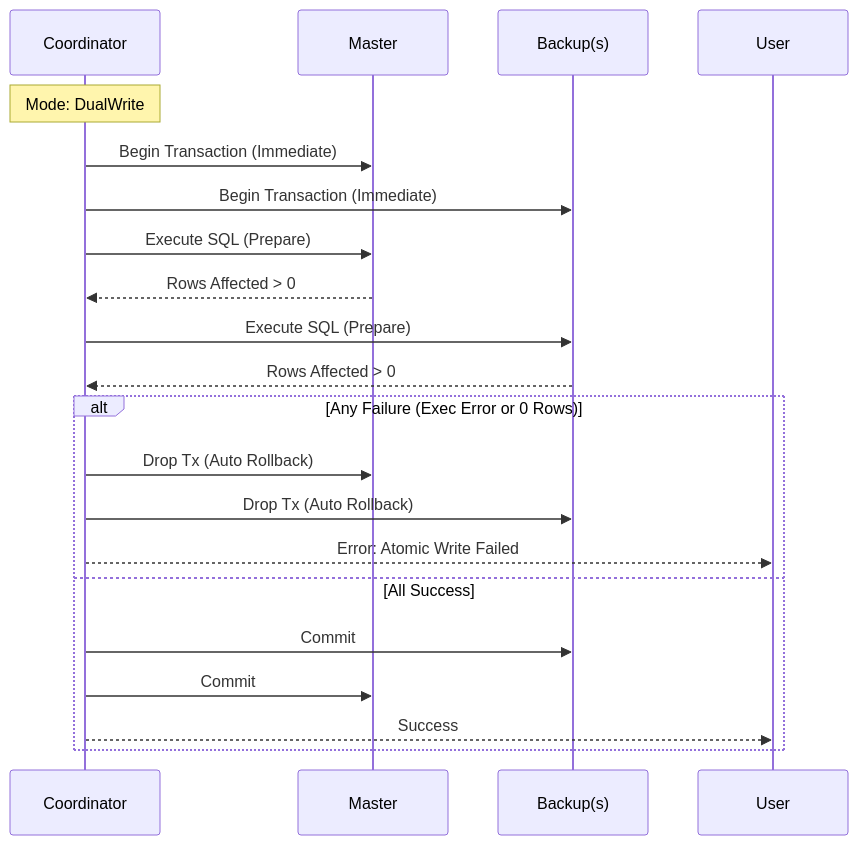
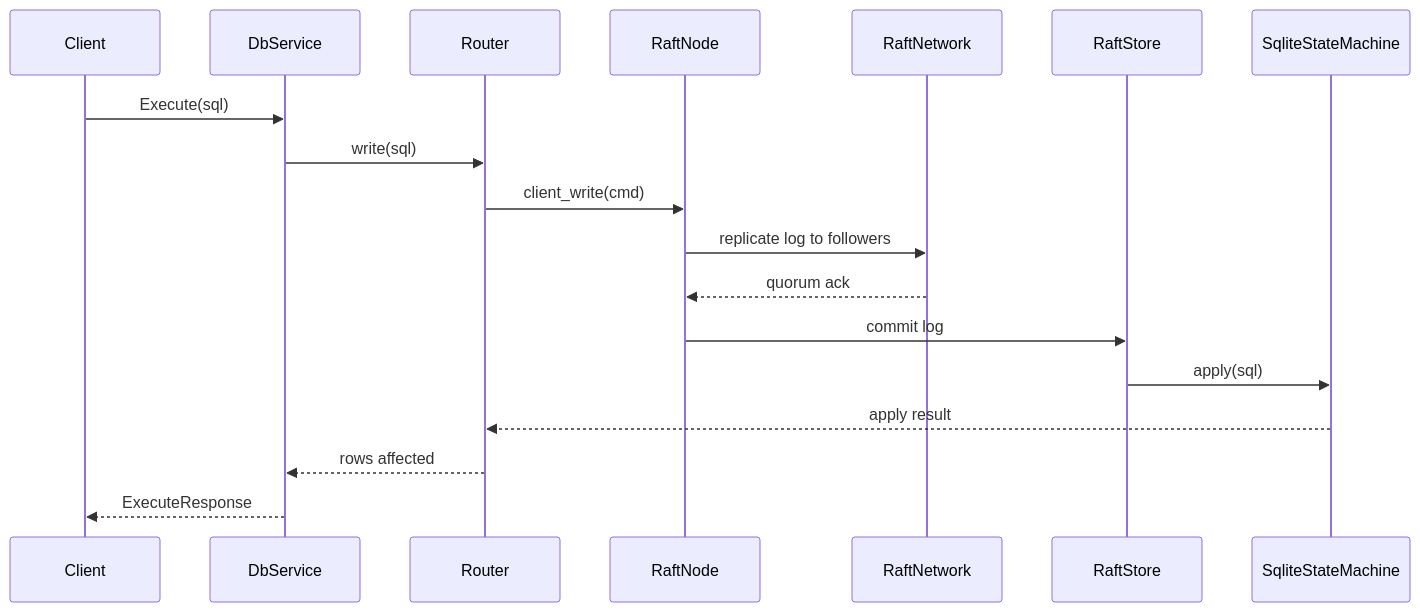
One commit to wakeskuld1-ctrl/RetroCheck changed the second of 2 diagrams in README.md. Above: the diagram before and after it, drawn with Mermaid. The commit also changed other lines of this file and 39 other files, not shown here.

````diff
--- a/README.md
+++ b/README.md
@@ -27,27 +67,21 @@
 ```mermaid
 sequenceDiagram
-    participant C as Coordinator
-    participant M as Master
-    participant B as Backup(s)
+    participant Client as Client
+    participant Server as DbService
+    participant Router as Router
+    participant Raft as RaftNode
+    participant Net as RaftNetwork
+    participant Store as RaftStore
+    participant SM as SqliteStateMachine
 
-    Note over C: Mode: DualWrite
-
-    C->>M: Begin Transaction (Immediate)
-    C->>B: Begin Transaction (Immediate)
-    
-    C->>M: Execute SQL (Prepare)
-    M-->>C: Rows Affected > 0
-    
-    C->>B: Execute SQL (Prepare)
-    B-->>C: Rows Affected > 0
-    
-    alt Any Failure (Exec Error or 0 Rows)
-        C->>M: Drop Tx (Auto Rollback)
-        C->>B: Drop Tx (Auto Rollback)
-        C-->>User: Error: Atomic Write Failed
-    else All Success
-        C->>B: Commit
-        C->>M: Commit
-        C-->>User: Success
-    end
+    Client->>Server: Execute(sql)
+    Server->>Router: write(sql)
+    Router->>Raft: client_write(cmd)
+    Raft->>Net: replicate log to followers
+    Net-->>Raft: quorum ack
+    Raft->>Store: commit log
+    Store->>SM: apply(sql)
+    SM-->>Router: apply result
+    Router-->>Server: rows affected
+    Server-->>Client: ExecuteResponse
 ```
````
